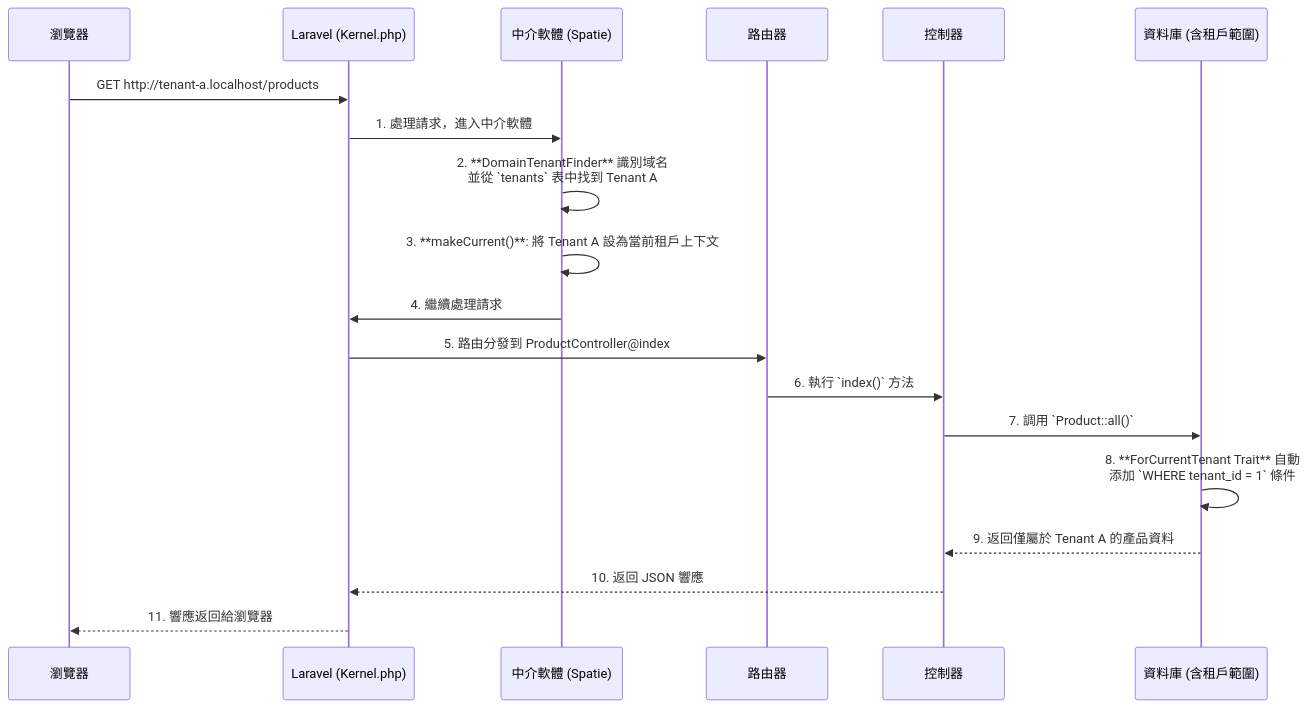
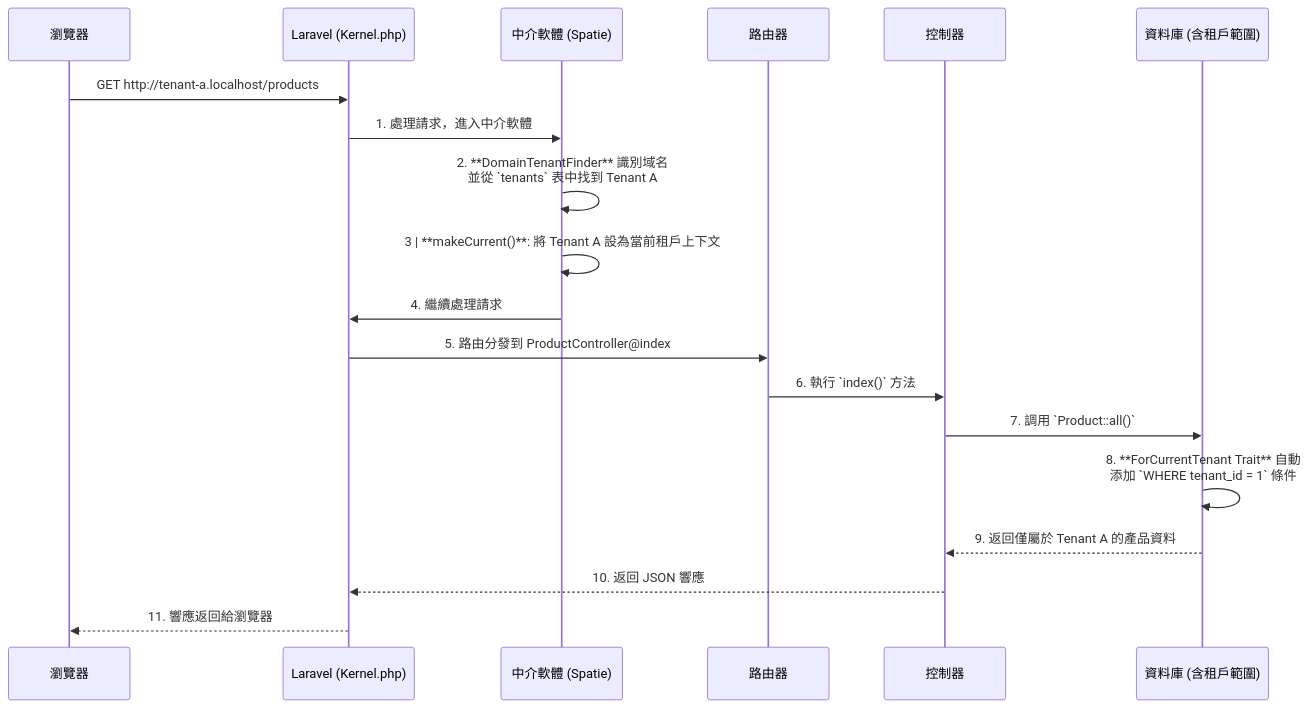
One commit to BpsEason/laravel_saas_boilerplate changed the second of 2 diagrams in README.md. Above: the diagram before and after it, drawn with Mermaid. The commit also changed other lines of this file, not shown here.

````diff
--- a/README.md
+++ b/README.md
@@ -260,22 +261,22 @@
 ```mermaid
 sequenceDiagram
     participant B as 瀏覽器
     participant L as Laravel (Kernel.php)
     participant M as 中介軟體 (Spatie)
     participant R as 路由器
     participant C as 控制器
     participant D as 資料庫 (含租戶範圍)
 
     B->>L: GET http://tenant-a.localhost/products
     L->>M: 1. 處理請求，進入中介軟體
     M->>M: 2. **DomainTenantFinder** 識別域名<br/>並從 `tenants` 表中找到 Tenant A
-    M->>M: 3. **makeCurrent()**: 將 Tenant A 設為當前租戶上下文
+    M->>M: 3 | **makeCurrent()**: 將 Tenant A 設為當前租戶上下文
     M->>L: 4. 繼續處理請求
     L->>R: 5. 路由分發到 ProductController@index
     R->>C: 6. 執行 `index()` 方法
     C->>D: 7. 調用 `Product::all()`
     D->>D: 8. **ForCurrentTenant Trait** 自動<br/>添加 `WHERE tenant_id = 1` 條件
     D-->>C: 9. 返回僅屬於 Tenant A 的產品資料
     C-->>L: 10. 返回 JSON 響應
     L-->>B: 11. 響應返回給瀏覽器
 ```
````
